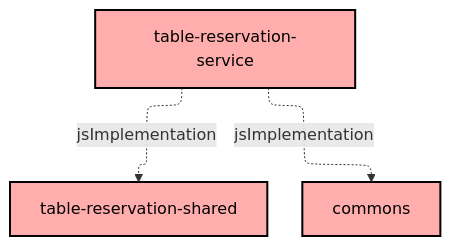
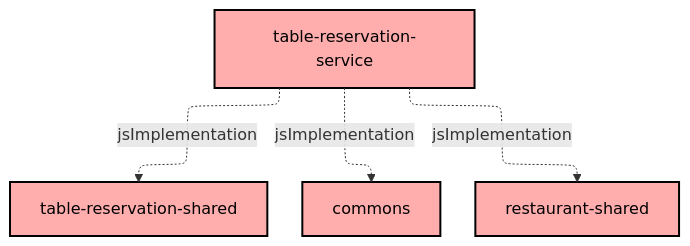
Before and after one commit to Norby99/munchies: the diagram in table-reservation-service/README.md, drawn with Mermaid. The commit also changed 65 other files, not shown here.

Commit message:
feat(table-reservation): implement reserve, modify, cancel and list

````diff
--- a/table-reservation-service/README.md
+++ b/table-reservation-service/README.md
@@ -6,17 +6,19 @@
 ```mermaid
 ---
 config:
   layout: elk
   elk:
     nodePlacementStrategy: SIMPLE
 ---
 graph TB
   :table-reservation-shared[table-reservation-shared]:::unknown
   :table-reservation-service[table-reservation-service]:::unknown
   :commons[commons]:::unknown
+  :restaurant-shared[restaurant-shared]:::unknown
 
   :table-reservation-service -.->|jsImplementation| :commons
+  :table-reservation-service -.->|jsImplementation| :restaurant-shared
   :table-reservation-service -.->|jsImplementation| :table-reservation-shared
 
 classDef unknown fill:#FFADAD,stroke:#000,stroke-width:2px,color:#000;
 ```
````
